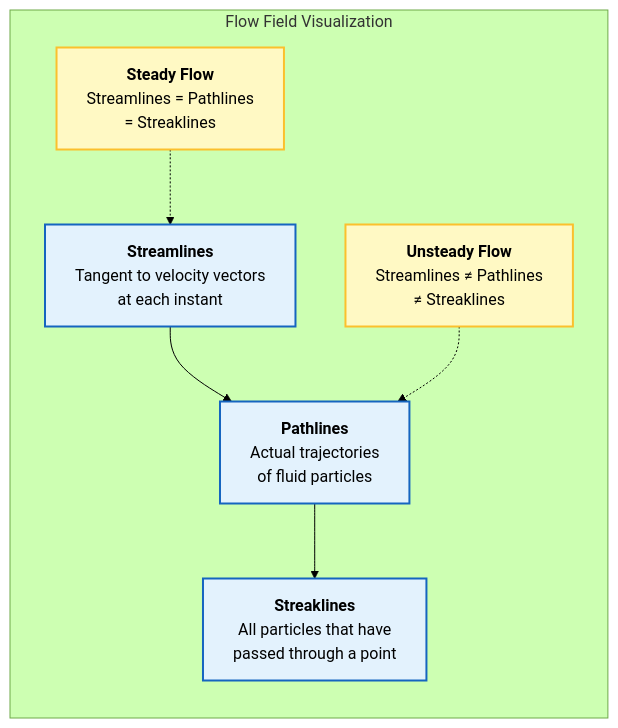
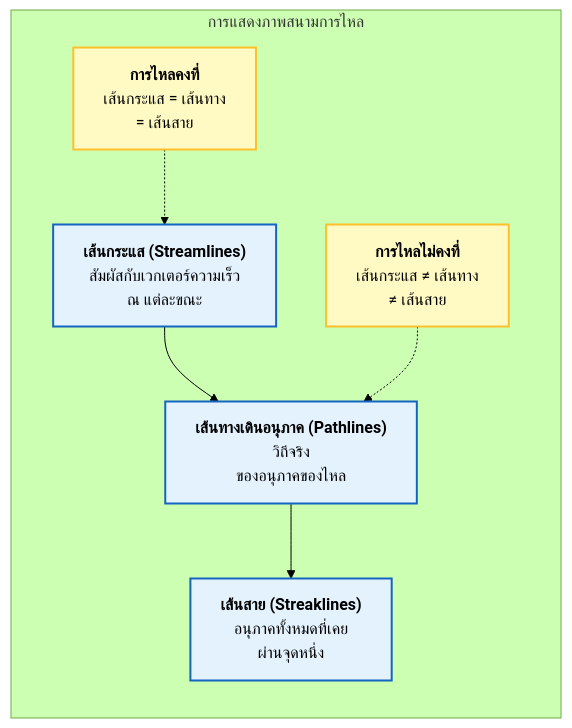
The seventh of 12 diagrams in MODULE_01_CFD_FUNDAMENTALS/lessons/01_fluid_mechanics_fundamentals.md (wramet/build-my-cfd), drawn with Mermaid (forest theme) before and after one commit. The commit also changed other lines of this file and 297 other files, not shown here.

Commit message:
Add explanation under mermaid diagram

````diff
--- a/MODULE_01_CFD_FUNDAMENTALS/lessons/01_fluid_mechanics_fundamentals.md
+++ b/MODULE_01_CFD_FUNDAMENTALS/lessons/01_fluid_mechanics_fundamentals.md
@@ -419,15 +432,15 @@
 ```mermaid
 graph LR
-    subgraph "Flow Field Visualization"
-        A["<b>Streamlines</b><br/>Tangent to velocity vectors<br/>at each instant"] --> B["<b>Pathlines</b><br/>Actual trajectories<br/>of fluid particles"]
-        B --> C["<b>Streaklines</b><br/>All particles that have<br/>passed through a point"]
-        
-        D["<b>Steady Flow</b><br/>Streamlines = Pathlines<br/>= Streaklines"] -.-> A
-        E["<b>Unsteady Flow</b><br/>Streamlines ≠ Pathlines<br/>≠ Streaklines"] -.-> B
+    subgraph "การแสดงภาพสนามการไหล"
+        A["<b>เส้นกระแส (Streamlines)</b><br/>สัมผัสกับเวกเตอร์ความเร็ว<br/>ณ แต่ละขณะ"] --> B["<b>เส้นทางเดินอนุภาค (Pathlines)</b><br/>วิถีจริง<br/>ของอนุภาคของไหล"]
+        B --> C["<b>เส้นสาย (Streaklines)</b><br/>อนุภาคทั้งหมดที่เคย<br/>ผ่านจุดหนึ่ง"]
+
+        D["<b>การไหลคงที่</b><br/>เส้นกระแส = เส้นทาง<br/>= เส้นสาย"] -.-> A
+        E["<b>การไหลไม่คงที่</b><br/>เส้นกระแส ≠ เส้นทาง<br/>≠ เส้นสาย"] -.-> B
     end
-    
+
     classDef process fill:#e3f2fd,stroke:#1565c0,stroke-width:2px,color:#000;
     classDef decision fill:#fff9c4,stroke:#fbc02d,stroke-width:2px,color:#000;
     class A,B,C process;
     class D,E decision;
 ```
````
